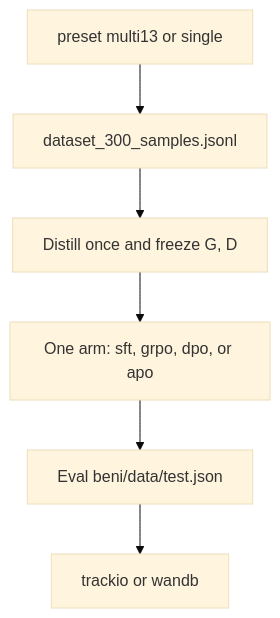
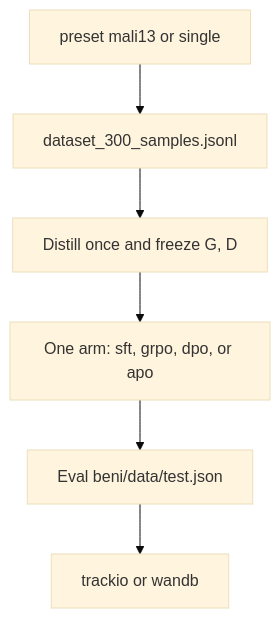
Before and after one commit to mlsftwrs/sebeni: the diagram in docs/experiments.md, drawn with Mermaid (base theme). The commit also changed other lines of this file and 79 other files, not shown here.

First line of the commit message:
Rename MULTI13 scope to MALI13

````diff
--- a/docs/experiments.md
+++ b/docs/experiments.md
@@ -20,8 +20,8 @@
 ```mermaid
 flowchart TD
-  preset["preset multi13 or single"] --> jsonl["dataset_300_samples.jsonl"]
+  preset["preset mali13 or single"] --> jsonl["dataset_300_samples.jsonl"]
   jsonl --> distill["Distill once and freeze G, D"]
   distill --> arm["One arm: sft, grpo, dpo, or apo"]
   arm --> ev["Eval beni/data/test.json"]
   ev --> log["trackio or wandb"]
 ```
````
